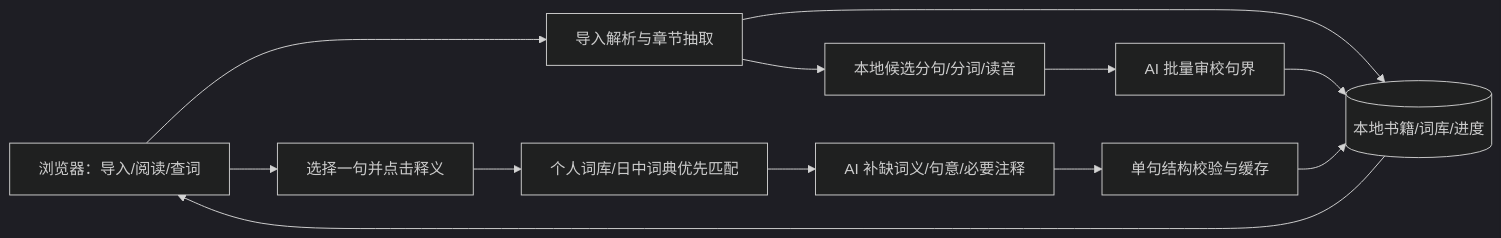
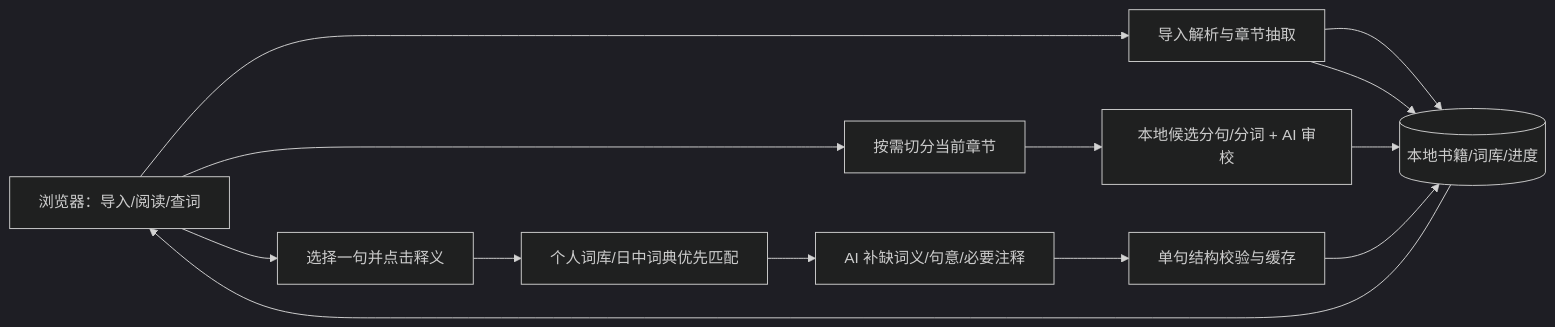
One commit to H0rR1p/IceReader changed the diagram in 架构与技术栈建议.md. Above: the diagram before and after it, drawn with Mermaid (dark theme). The commit also changed other lines of this file and 10 other files, not shown here.

````diff
--- a/架构与技术栈建议.md
+++ b/架构与技术栈建议.md
@@ -15,14 +15,15 @@
 ```mermaid
 flowchart LR
   U[浏览器：导入/阅读/查词] --> I[导入解析与章节抽取]
   I --> DB[(本地书籍/词库/进度)]
-  I --> M[本地候选分句/分词/读音]
-  M --> S[AI 批量审校句界]
+  I --> DB
+  U --> M[按需切分当前章节]
+  M --> S[本地候选分句/分词 + AI 审校]
   S --> DB
   U --> E[选择一句并点击释义]
   E --> V[个人词库/日中词典优先匹配]
   V --> A[AI 补缺词义/句意/必要注释]
   A --> Q[单句结构校验与缓存]
   Q --> DB
   DB --> U
 ```
````
